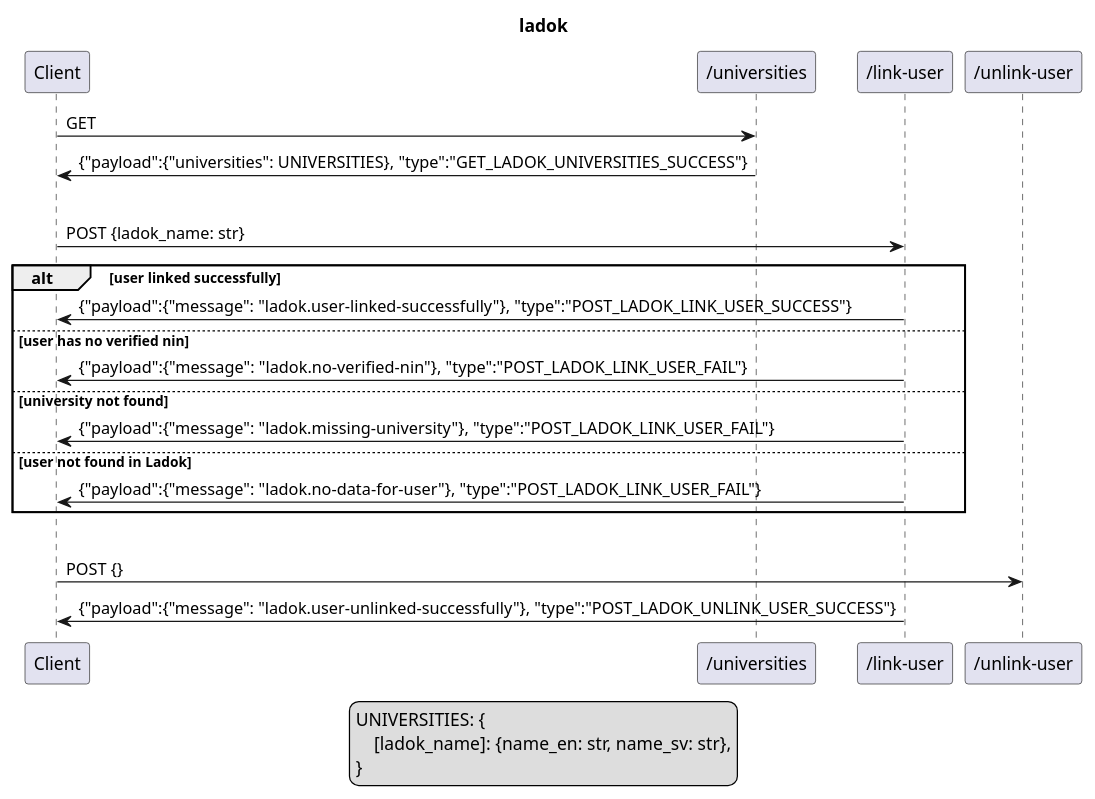
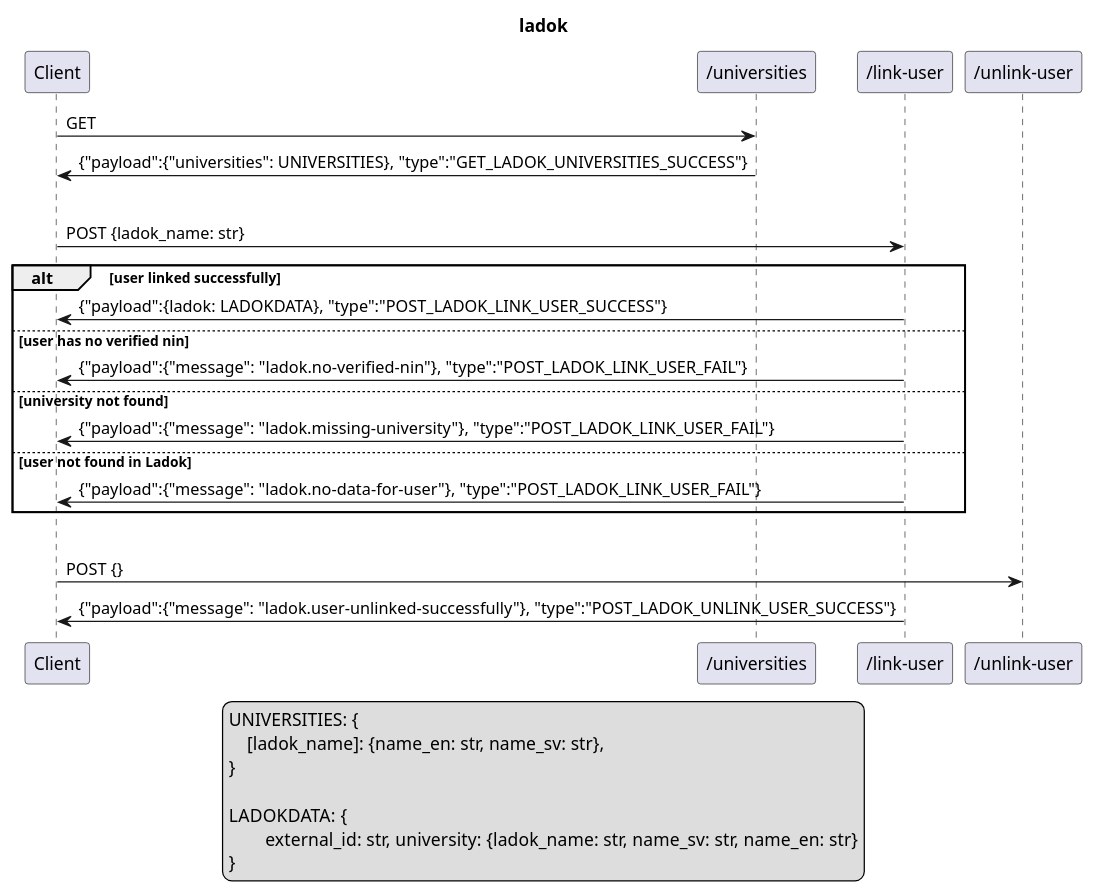
The diagram in doc/ladok.puml (SUNET/eduid-backend), drawn with PlantUML before and after one commit. The commit also changed 5 other files, not shown here.

```diff
--- a/doc/ladok.puml
+++ b/doc/ladok.puml
@@ -1,26 +1,30 @@
 @startuml
 title ladok
 
 legend
     UNIVERSITIES: {
         [ladok_name]: {name_en: str, name_sv: str},
+    }
+
+    LADOKDATA: {
+            external_id: str, university: {ladok_name: str, name_sv: str, name_en: str}
     }
 end legend
 
 Client->"/universities": GET
 "/universities"->Client: {"payload":{"universities": UNIVERSITIES}, "type":"GET_LADOK_UNIVERSITIES_SUCCESS"}
 |||
 Client->"/link-user": POST {ladok_name: str}
 alt user linked successfully
-"/link-user"->Client: {"payload":{"message": "ladok.user-linked-successfully"}, "type":"POST_LADOK_LINK_USER_SUCCESS"}
+"/link-user"->Client: {"payload":{ladok: LADOKDATA}, "type":"POST_LADOK_LINK_USER_SUCCESS"}
 else user has no verified nin
 "/link-user"->Client: {"payload":{"message": "ladok.no-verified-nin"}, "type":"POST_LADOK_LINK_USER_FAIL"}
 else university not found
 "/link-user"->Client: {"payload":{"message": "ladok.missing-university"}, "type":"POST_LADOK_LINK_USER_FAIL"}
 else user not found in Ladok
 "/link-user"->Client: {"payload":{"message": "ladok.no-data-for-user"}, "type":"POST_LADOK_LINK_USER_FAIL"}
 end
 |||
 Client->"/unlink-user": POST {}
 "/link-user"->Client: {"payload":{"message": "ladok.user-unlinked-successfully"}, "type":"POST_LADOK_UNLINK_USER_SUCCESS"}
 @enduml
```
